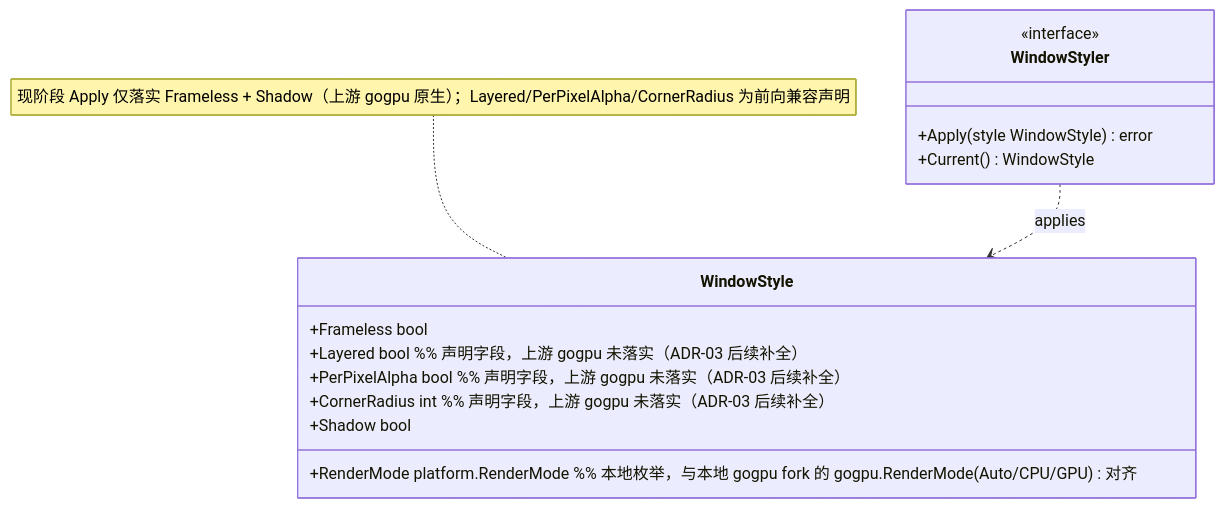
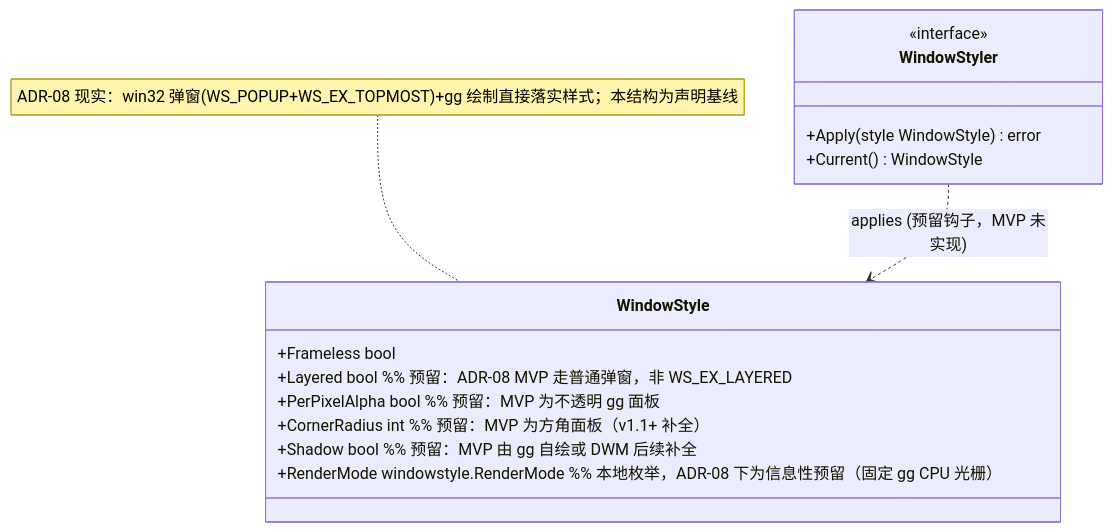
The first of 4 diagrams in docs/20-Platform/WindowStyle.md (shaolei/DeskCalendar), drawn with Mermaid before and after one commit. The commit also changed other lines of this file and 1 other file, not shown here.

First line of the commit message:
fix(platform): WindowStyle 代码层 drift 对齐 ADR-08

````diff
--- a/docs/20-Platform/WindowStyle.md
+++ b/docs/20-Platform/WindowStyle.md
@@ -20,18 +20,18 @@
 ```mermaid
 classDiagram
     class WindowStyle {
         +Frameless bool
-        +Layered bool  %% 声明字段，上游 gogpu 未落实（ADR-03 后续补全）
-        +PerPixelAlpha bool  %% 声明字段，上游 gogpu 未落实（ADR-03 后续补全）
-        +CornerRadius int  %% 声明字段，上游 gogpu 未落实（ADR-03 后续补全）
-        +Shadow bool
-        +RenderMode platform.RenderMode  %% 本地枚举，与本地 gogpu fork 的 gogpu.RenderMode(Auto/CPU/GPU) 对齐
+        +Layered bool  %% 预留：ADR-08 MVP 走普通弹窗，非 WS_EX_LAYERED
+        +PerPixelAlpha bool  %% 预留：MVP 为不透明 gg 面板
+        +CornerRadius int  %% 预留：MVP 为方角面板（v1.1+ 补全）
+        +Shadow bool  %% 预留：MVP 由 gg 自绘或 DWM 后续补全
+        +RenderMode windowstyle.RenderMode  %% 本地枚举，ADR-08 下为信息性预留（固定 gg CPU 光栅）
     }
     class WindowStyler {
         <<interface>>
         +Apply(style WindowStyle) error
         +Current() WindowStyle
     }
-    WindowStyler ..> WindowStyle : applies
-    note for WindowStyle "现阶段 Apply 仅落实 Frameless + Shadow（上游 gogpu 原生）；Layered/PerPixelAlpha/CornerRadius 为前向兼容声明"
+    WindowStyler ..> WindowStyle : applies (预留钩子，MVP 未实现)
+    note for WindowStyle "ADR-08 现实：win32 弹窗(WS_POPUP+WS_EX_TOPMOST)+gg 绘制直接落实样式；本结构为声明基线"
 ```
````
